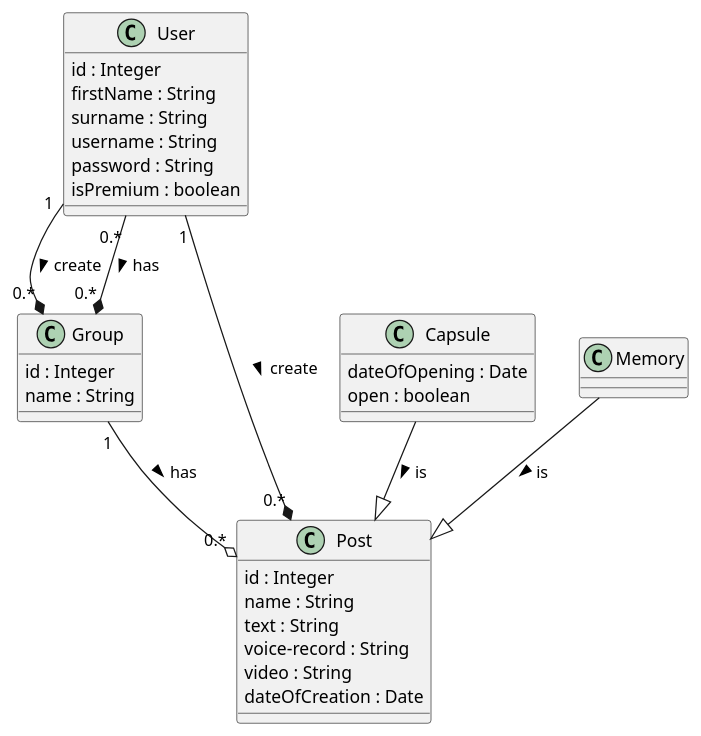
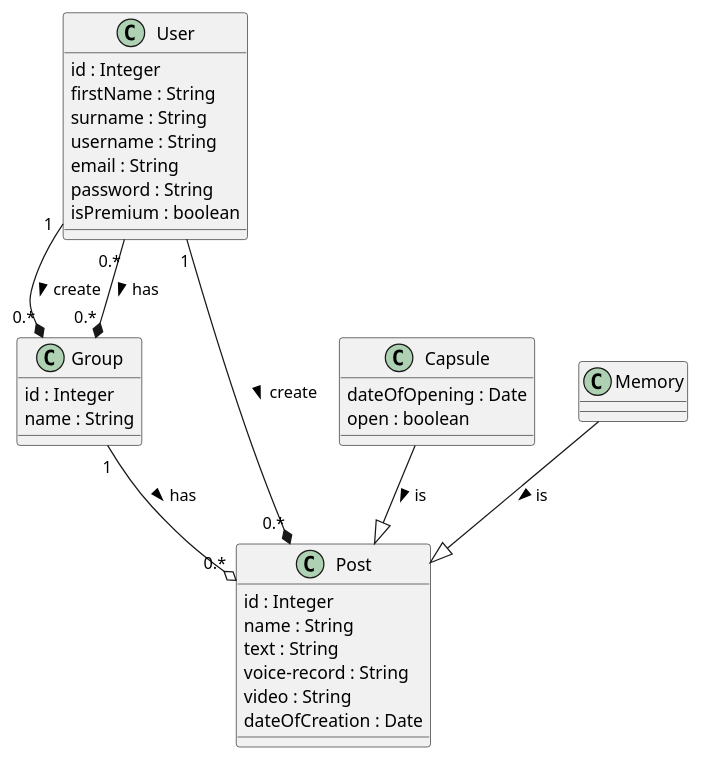
The diagram in TimeKeep/EAR.puml (ofgot/TimeKeep), drawn with PlantUML before and after one commit. The commit also changed 2 other files, not shown here.

Commit message:
added email to User

```diff
--- a/TimeKeep/EAR.puml
+++ b/TimeKeep/EAR.puml
@@ -1,43 +1,44 @@
 @startuml
 
 class "User"{
     id : Integer
     firstName : String
     surname : String
     username : String
+    email : String
     password : String
     isPremium : boolean
 }
 
 class "Group" {
     id : Integer
     name : String
 }
 
 class "Post" {
     id : Integer
     name : String
     text : String
     voice-record : String
     video : String
     dateOfCreation : Date
 }
 
 class "Capsule" {
     dateOfOpening : Date
     open : boolean
 }
 
 class "Memory" {
 
 }
 
 Memory --|> Post : is >
 Capsule  --|> Post : is >
 
 User "1" --* "0.*" Group : create >
 User "0.*" --* "0.*" Group : has >
 User "1" --* "0.*" Post : create >
 Group "1" --o "0.*" Post : has >
 
 @enduml
```
